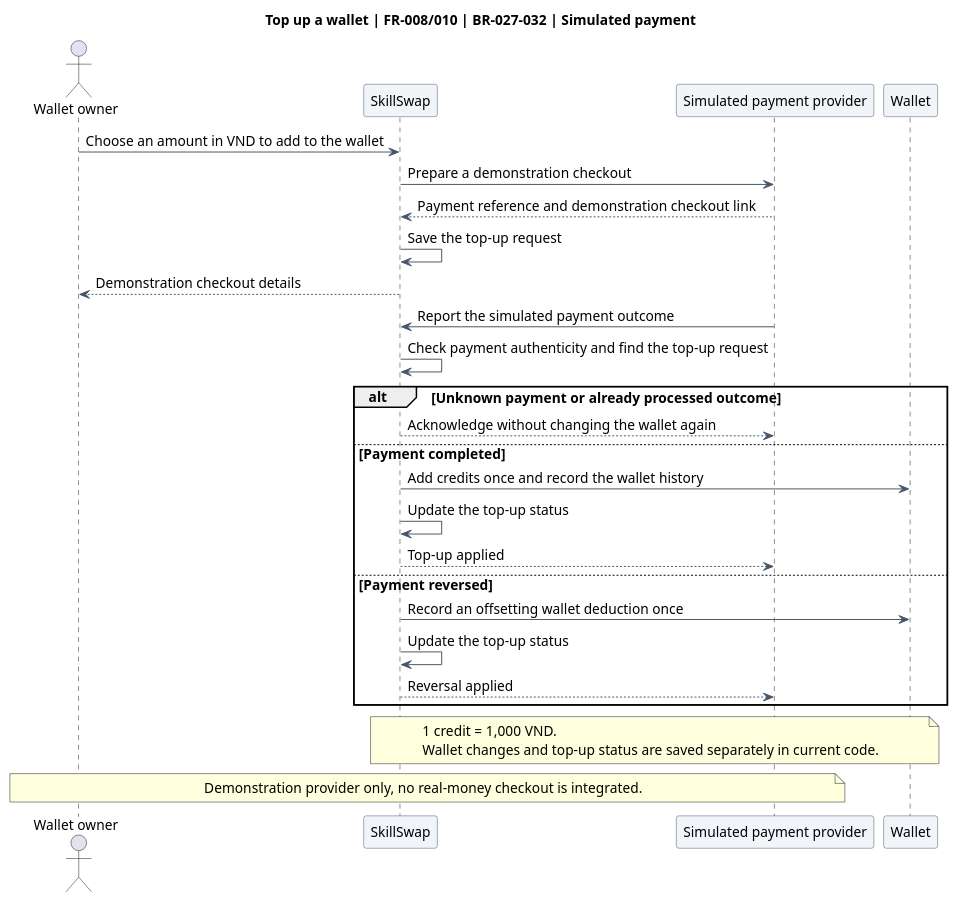
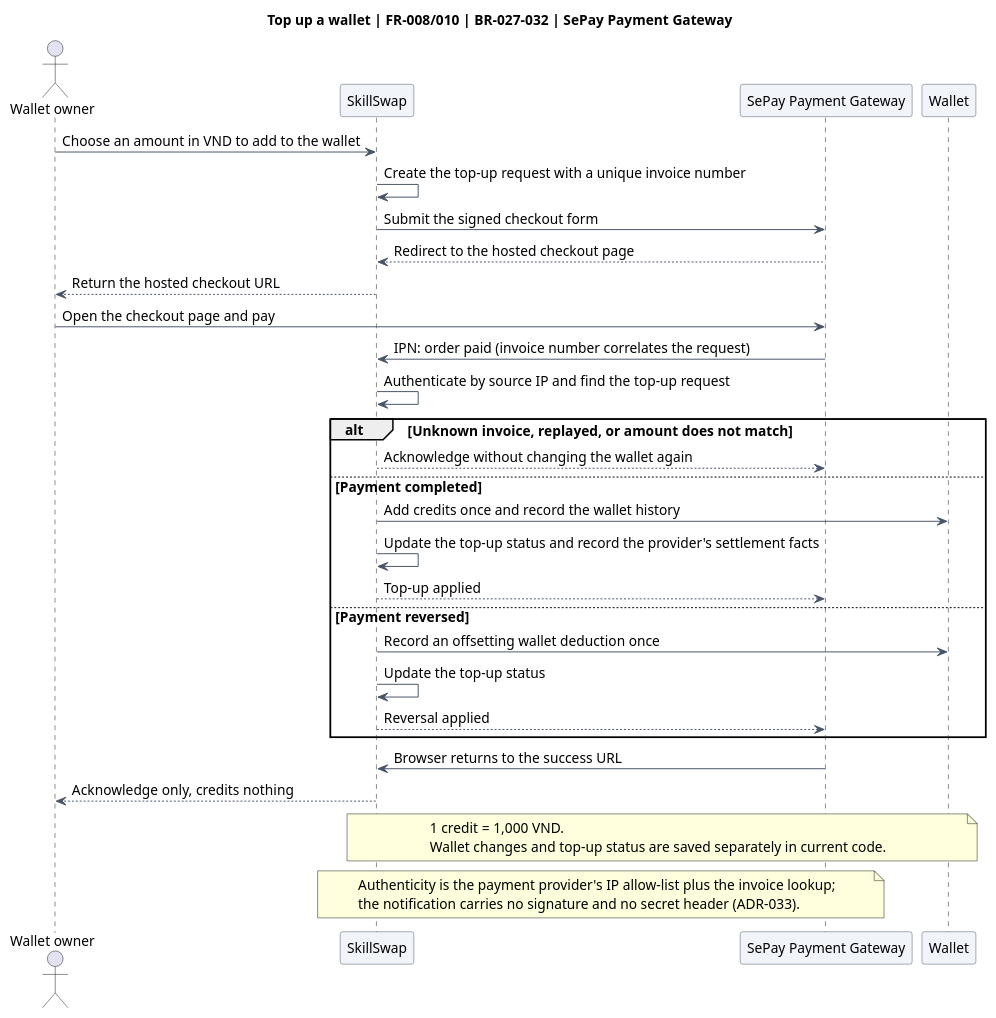
One commit to trankien022/SkillSwap changed the diagram in docs/diagrams/checkpoint/source/sequence-topup.puml. Above: the diagram before and after it, drawn with PlantUML. The commit also changed 97 other files, not shown here.

First line of the commit message:
feat(wallet): FR-008 top-up via SePay Payment Gateway (ADR-033) (#85)

```diff
--- a/docs/diagrams/checkpoint/source/sequence-topup.puml
+++ b/docs/diagrams/checkpoint/source/sequence-topup.puml
@@ -1,38 +1,41 @@
 @startuml
-title Top up a wallet | FR-008/010 | BR-027–032 | Simulated payment
+title Top up a wallet | FR-008/010 | BR-027–032 | SePay Payment Gateway
 skinparam backgroundColor #FFFFFF
 skinparam shadowing false
 skinparam defaultFontName Arial
 skinparam defaultFontSize 14
 skinparam ArrowColor #475569
 skinparam activityBackgroundColor #F1F5F9
 skinparam activityBorderColor #475569
 skinparam sequenceParticipantBackgroundColor #F1F5F9
 skinparam sequenceParticipantBorderColor #475569
 skinparam stateBackgroundColor #F1F5F9
 skinparam stateBorderColor #475569
 actor "Wallet owner" as U
 participant SkillSwap as S
-participant "Simulated payment provider" as P
+participant "SePay Payment Gateway" as P
 participant Wallet as W
 U -> S: Choose an amount in VND to add to the wallet
-S -> P: Prepare a demonstration checkout
-P --> S: Payment reference and demonstration checkout link
-S -> S: Save the top-up request
-S --> U: Demonstration checkout details
-P -> S: Report the simulated payment outcome
-S -> S: Check payment authenticity and find the top-up request
-alt Unknown payment or already processed outcome
+S -> S: Create the top-up request with a unique invoice number
+S -> P: Submit the signed checkout form
+P --> S: Redirect to the hosted checkout page
+S --> U: Return the hosted checkout URL
+U -> P: Open the checkout page and pay
+P -> S: IPN: order paid (invoice number correlates the request)
+S -> S: Authenticate by source IP and find the top-up request
+alt Unknown invoice, replayed, or amount does not match
  S --> P: Acknowledge without changing the wallet again
 else Payment completed
  S -> W: Add credits once and record the wallet history
- S -> S: Update the top-up status
+ S -> S: Update the top-up status and record the provider's settlement facts
  S --> P: Top-up applied
 else Payment reversed
  S -> W: Record an offsetting wallet deduction once
  S -> S: Update the top-up status
  S --> P: Reversal applied
 end
+P -> S: Browser returns to the success URL
+S --> U: Acknowledge only, credits nothing
 note over S,W: 1 credit = 1,000 VND.\nWallet changes and top-up status are saved separately in current code.
-note over U,P: Demonstration provider only, no real-money checkout is integrated.
+note over S,P: Authenticity is the payment provider's IP allow-list plus the invoice lookup;\nthe notification carries no signature and no secret header (ADR-033).
 @enduml
```
